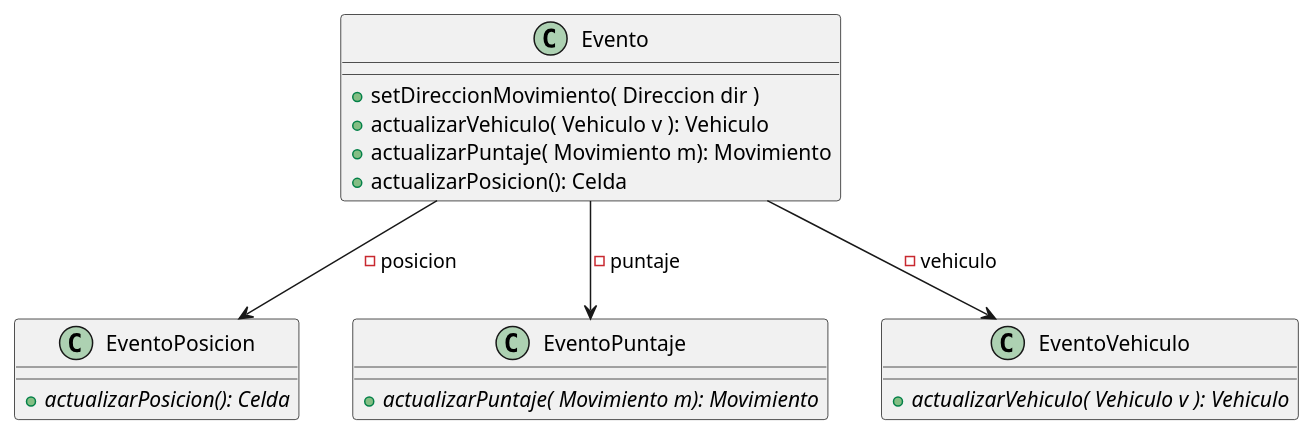
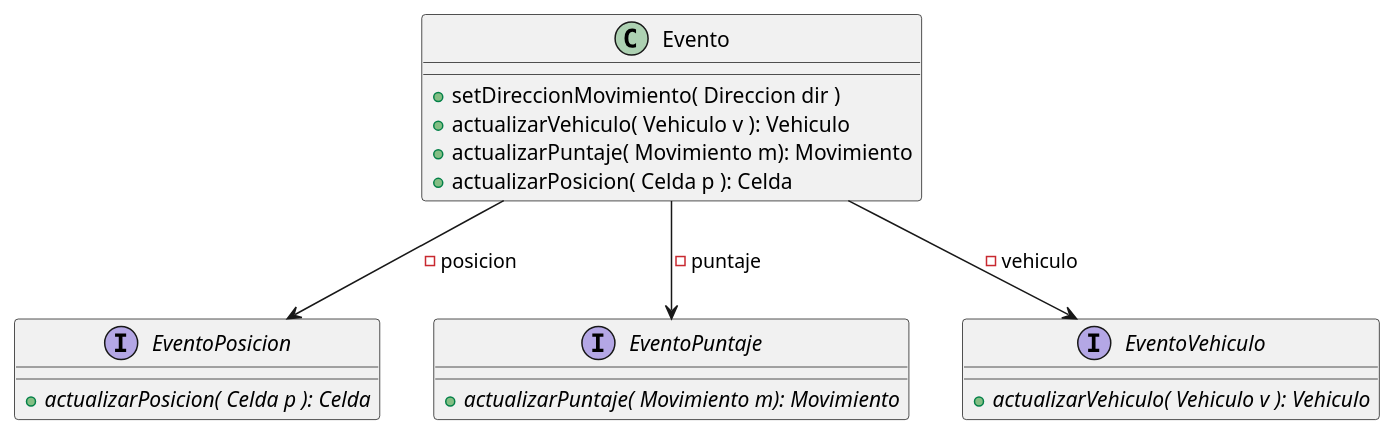
Before and after one commit to rodrigovzq/algo3_tp2: the second of 2 diagrams in diagrams/classes/Evento.puml, drawn with PlantUML. The commit also changed other lines of this file and 7 other files, not shown here.

Commit message:
Corrección de diagramas

```diff
--- a/diagrams/classes/Evento.puml
+++ b/diagrams/classes/Evento.puml
@@ -65,23 +65,23 @@
 @startuml(id=SINSUBCLASES)
 class Evento{
         + setDireccionMovimiento( Direccion dir )
         + actualizarVehiculo( Vehiculo v ): Vehiculo
         + actualizarPuntaje( Movimiento m): Movimiento
-        + actualizarPosicion(): Celda
+        + actualizarPosicion( Celda p ): Celda
 }
 
 Evento --> EventoPosicion: - posicion
 Evento --> EventoPuntaje: - puntaje 
 Evento --> EventoVehiculo: - vehiculo 
 
-class EventoPosicion{
-        + {abstract} actualizarPosicion(): Celda
+interface EventoPosicion{
+        + {abstract} actualizarPosicion( Celda p ): Celda
 }
-class EventoVehiculo{
+interface EventoVehiculo{
         + {abstract} actualizarVehiculo( Vehiculo v ): Vehiculo
 }
-class EventoPuntaje{
+interface EventoPuntaje{
         + {abstract} actualizarPuntaje( Movimiento m): Movimiento
 }
 
 @enduml
```
